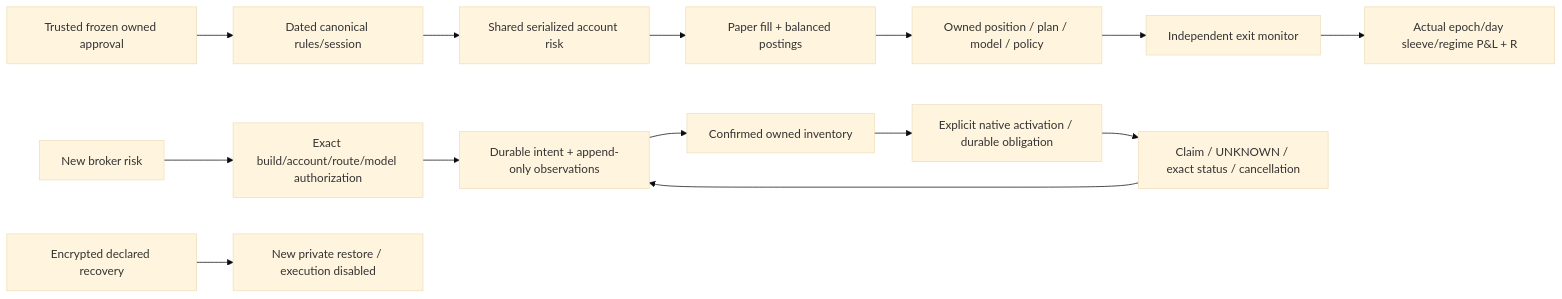
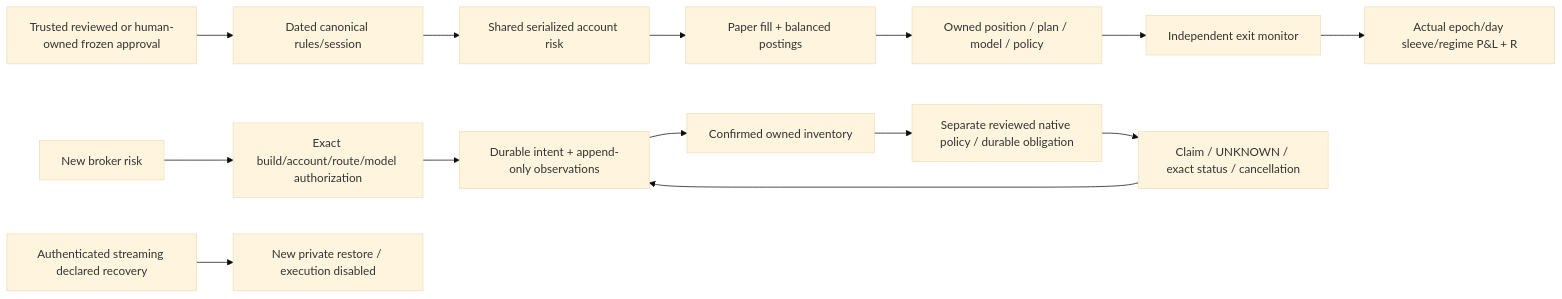
One commit to sudarshanbhat94/trading-agent changed the fourth of 5 diagrams in reports/release-audit-2026-10-06/architecture.md. Above: the diagram before and after it, drawn with Mermaid (base theme). The commit also changed other lines of this file and 111 other files, not shown here.

````diff
--- a/reports/release-audit-2026-10-06/architecture.md
+++ b/reports/release-audit-2026-10-06/architecture.md
@@ -161,16 +161,16 @@
 ```mermaid
 flowchart LR
-  Review["Trusted frozen owned approval"] --> Rules["Dated canonical rules/session"]
+  Review["Trusted reviewed or human-owned frozen approval"] --> Rules["Dated canonical rules/session"]
   Rules --> Risk["Shared serialized account risk"]
   Risk --> Fill["Paper fill + balanced postings"]
   Fill --> Position["Owned position / plan / model / policy"]
   Position --> Close["Independent exit monitor"]
   Close --> Report["Actual epoch/day sleeve/regime P&L + R"]
   Live["New broker risk"] --> Auth["Exact build/account/route/model authorization"]
   Auth --> Intent["Durable intent + append-only observations"]
   Intent --> Owned["Confirmed owned inventory"]
-  Owned --> Stop["Explicit native activation / durable obligation"]
+  Owned --> Stop["Separate reviewed native policy / durable obligation"]
   Stop --> Unknown["Claim / UNKNOWN / exact status / cancellation"]
   Unknown --> Intent
-  Archive["Encrypted declared recovery"] --> Disabled["New private restore / execution disabled"]
+  Archive["Authenticated streaming declared recovery"] --> Disabled["New private restore / execution disabled"]
 ```
````
